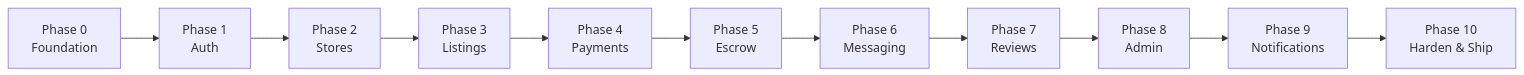
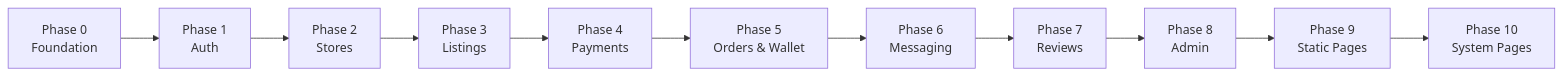
One commit to u-shop-ghana/U-Shop changed the diagram in docs/product/MVP_BUILD_GUIDE.md. Above: the diagram before and after it, drawn with Mermaid. The commit also changed other lines of this file and 32 other files, not shown here.

Commit message:
feat: implement core store creation flow with Supabase storage and API integration

````diff
--- a/docs/product/MVP_BUILD_GUIDE.md
+++ b/docs/product/MVP_BUILD_GUIDE.md
@@ -11,13 +11,13 @@
 ```mermaid
 graph LR
     A[Phase 0<br/>Foundation] --> B[Phase 1<br/>Auth]
     B --> C[Phase 2<br/>Stores]
     C --> D[Phase 3<br/>Listings]
     D --> E[Phase 4<br/>Payments]
-    E --> F[Phase 5<br/>Escrow]
+    E --> F[Phase 5<br/>Orders & Wallet]
     F --> G[Phase 6<br/>Messaging]
     G --> H[Phase 7<br/>Reviews]
     H --> I[Phase 8<br/>Admin]
-    I --> J[Phase 9<br/>Notifications]
-    J --> K[Phase 10<br/>Harden & Ship]
+    I --> J[Phase 9<br/>Static Pages]
+    J --> K[Phase 10<br/>System Pages]
 ```
````
